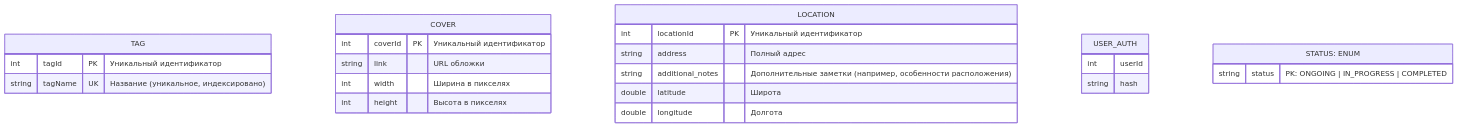
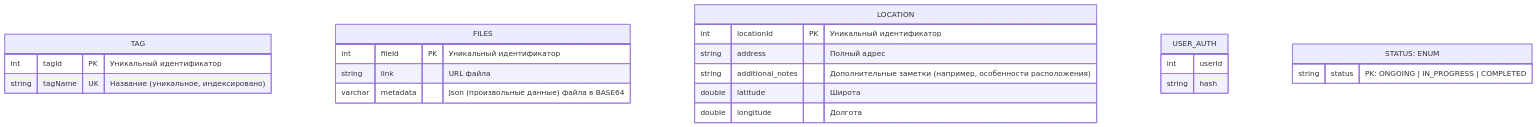
The second of 3 diagrams in documentation/architecture/erd.md (ADT-VOLUNTEERS-CASE/.github), drawn with Mermaid before and after one commit. The commit also changed other lines of this file, not shown here.

Commit message:
Fix: remove SQL queries Fix: abstract Cover table into Files

````diff
--- a/documentation/architecture/erd.md
+++ b/documentation/architecture/erd.md
@@ -71,31 +67,30 @@
 ```mermaid
 erDiagram
     TAG {
         int tagId PK "Уникальный идентификатор"
         string tagName UK "Название (уникальное, индексировано)"
     }
 
-    COVER {
-        int coverId PK "Уникальный идентификатор"
-        string link "URL обложки"
-        int width "Ширина в пикселях"
-        int height "Высота в пикселях"
+    FILES {
+        int fileId PK "Уникальный идентификатор"
+        string link "URL файла"
+        varchar metadata "Json (произвольные данные) файла в BASE64"
     }
 
     LOCATION {
         int locationId PK "Уникальный идентификатор"
         string address "Полный адрес"
         string additional_notes "Дополнительные заметки (например, особенности расположения)"
         double latitude "Широта"
         double longitude "Долгота"
     }
     
     USER_AUTH {
         int userId
         string hash
     }
 
     STATUS["STATUS: ENUM"] {
         string status "PK: ONGOING | IN_PROGRESS | COMPLETED"
     }
 ```
````
